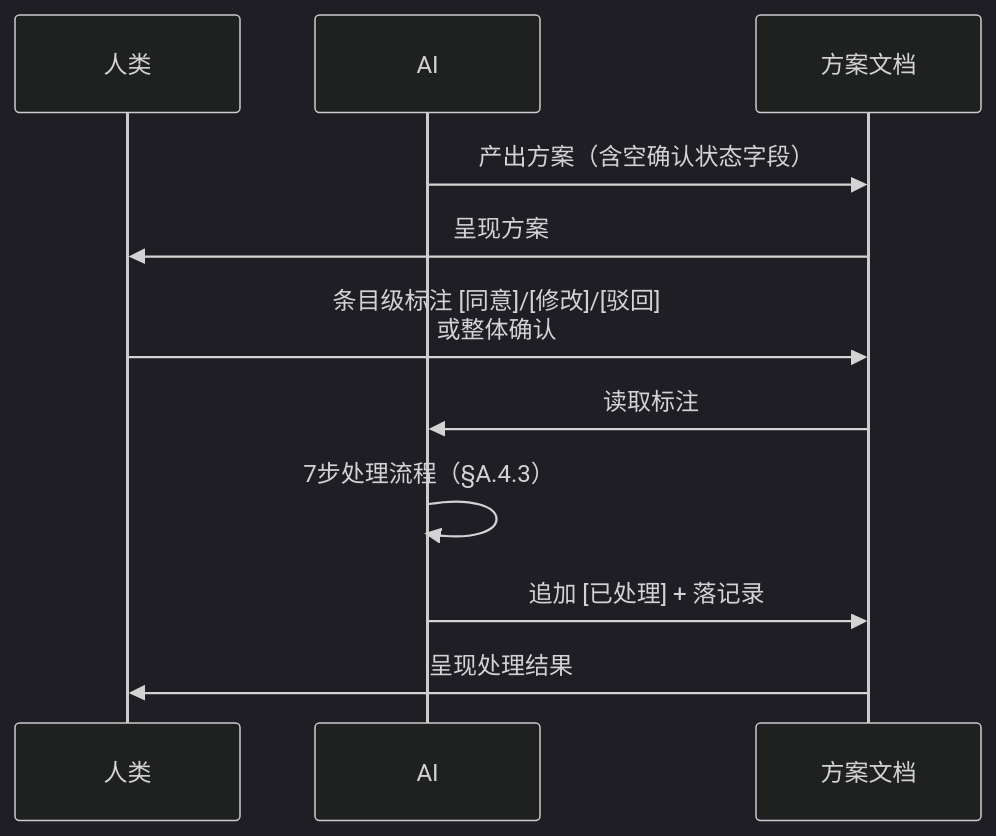
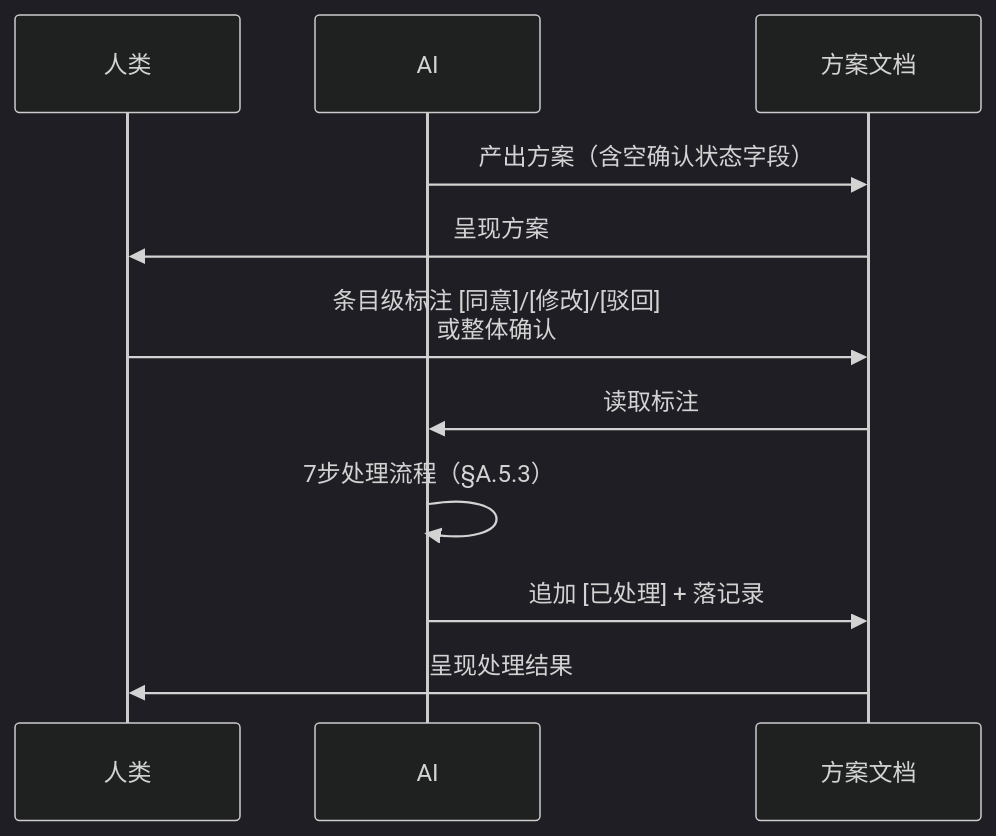
The fourth of 6 diagrams in 20-pl4eos/10-pl4eos-subpl-sysdev/10-wfsysdev-4-eos/91-eos-biz-eng-spec.md (Yongjunzhou/AOS-system-design), drawn with Mermaid before and after one commit. The commit also changed other lines of this file and 1 other file, not shown here.

````diff
--- a/20-pl4eos/10-pl4eos-subpl-sysdev/10-wfsysdev-4-eos/91-eos-biz-eng-spec.md
+++ b/20-pl4eos/10-pl4eos-subpl-sysdev/10-wfsysdev-4-eos/91-eos-biz-eng-spec.md
@@ -1415,15 +1485,15 @@
 ```mermaid
 %%{init: {'theme': 'dark'}}%%
 sequenceDiagram
     participant H as 人类
     participant AI as AI
     participant DOC as 方案文档
 
     AI->>DOC: 产出方案（含空确认状态字段）
     DOC->>H: 呈现方案
     H->>DOC: 条目级标注 [同意]/[修改]/[驳回]<br/>或整体确认
     DOC->>AI: 读取标注
-    AI->>AI: 7步处理流程（§A.4.3）
+    AI->>AI: 7步处理流程（§A.5.3）
     AI->>DOC: 追加 [已处理] + 落记录
     DOC->>H: 呈现处理结果
 ```
````
